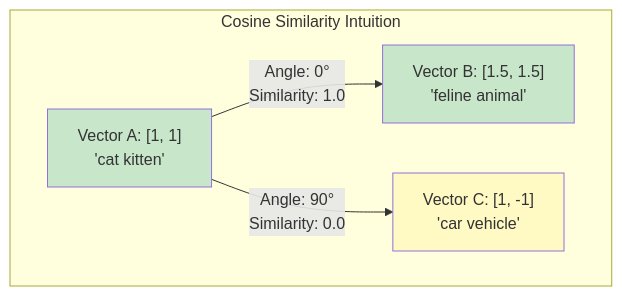
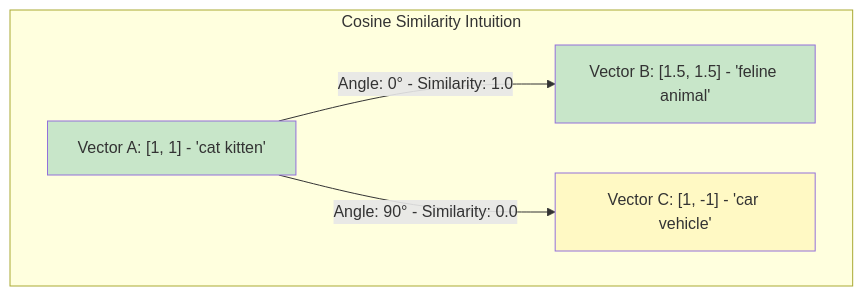
Before and after one commit to indhra/llm_rag_sec_findings: the fourth of 9 diagrams in docs/learning/02-embeddings-vectors.md, drawn with Mermaid. The commit also changed other lines of this file and 9 other files, not shown here.

````diff
--- a/docs/learning/02-embeddings-vectors.md
+++ b/docs/learning/02-embeddings-vectors.md
@@ -133,15 +133,15 @@
 ```mermaid
 graph TD
     subgraph "Cosine Similarity Intuition"
-        V1["Vector A: [1, 1]<br/>'cat kitten'"] 
-        V2["Vector B: [1.5, 1.5]<br/>'feline animal'"]
-        V3["Vector C: [1, -1]<br/>'car vehicle'"]
+        V1["Vector A: [1, 1] - 'cat kitten'"] 
+        V2["Vector B: [1.5, 1.5] - 'feline animal'"]
+        V3["Vector C: [1, -1] - 'car vehicle'"]
         
-        V1 -->|Angle: 0°<br/>Similarity: 1.0| V2
-        V1 -->|Angle: 90°<br/>Similarity: 0.0| V3
+        V1 -->|Angle: 0° - Similarity: 1.0| V2
+        V1 -->|Angle: 90° - Similarity: 0.0| V3
     end
     
     style V1 fill:#c8e6c9
     style V2 fill:#c8e6c9
     style V3 fill:#fff9c4
 ```
````
